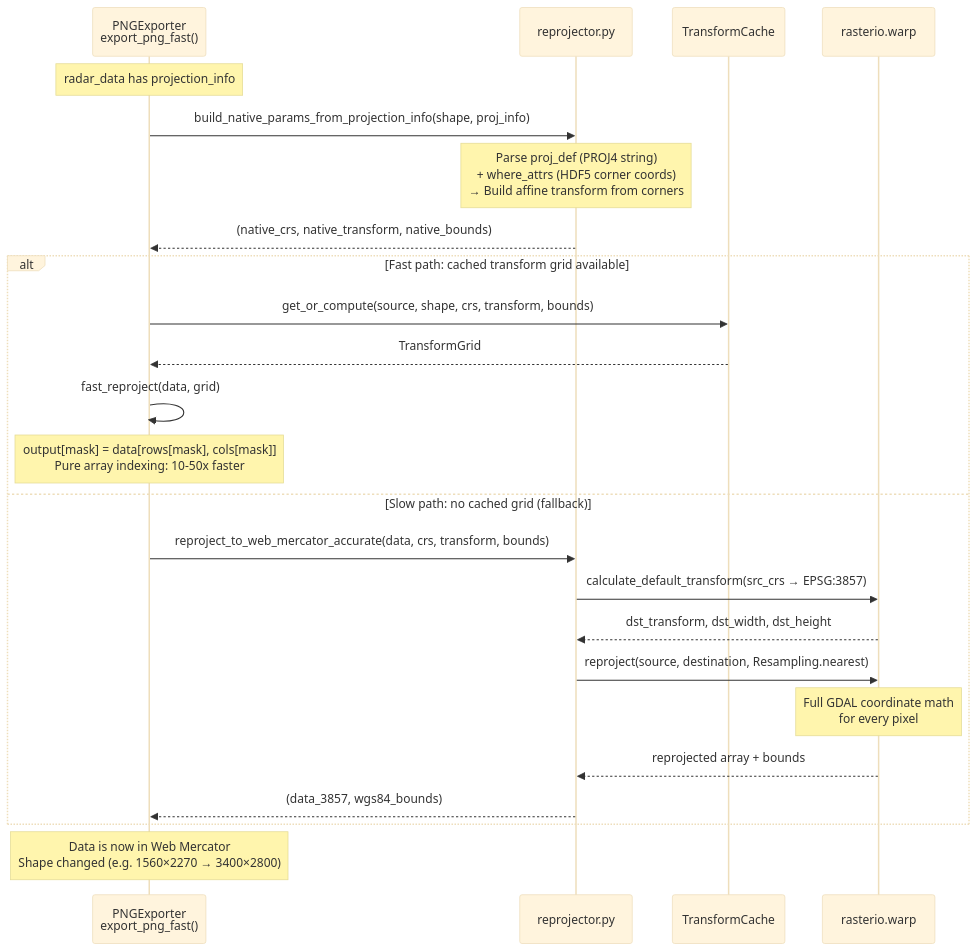
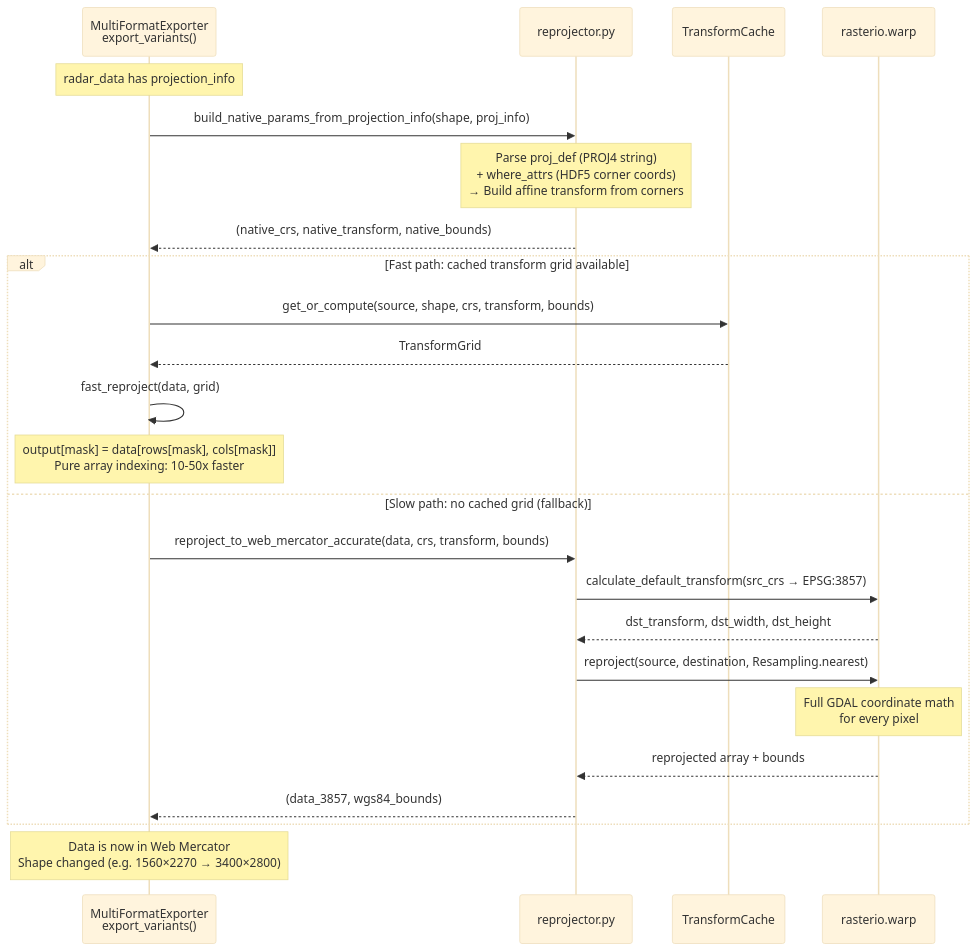
One commit to franko14/radar-shmu changed the seventh of 13 diagrams in docs/data-flow.md. Above: the diagram before and after it, drawn with Mermaid (base theme). The commit also changed other lines of this file and 4 other files, not shown here.

````diff
--- a/docs/data-flow.md
+++ b/docs/data-flow.md
@@ -349,31 +351,31 @@
 ```mermaid
 sequenceDiagram
-    participant Exporter as PNGExporter<br/>export_png_fast()
+    participant Exporter as MultiFormatExporter<br/>export_variants()
     participant Reproj as reprojector.py
     participant TCache as TransformCache
     participant Rasterio as rasterio.warp
 
     Note over Exporter: radar_data has projection_info
 
     Exporter->>Reproj: build_native_params_from_projection_info(shape, proj_info)
     Note over Reproj: Parse proj_def (PROJ4 string)<br/>+ where_attrs (HDF5 corner coords)<br/>→ Build affine transform from corners
     Reproj-->>Exporter: (native_crs, native_transform, native_bounds)
 
     alt Fast path: cached transform grid available
         Exporter->>TCache: get_or_compute(source, shape, crs, transform, bounds)
         TCache-->>Exporter: TransformGrid
 
         Exporter->>Exporter: fast_reproject(data, grid)
         Note over Exporter: output[mask] = data[rows[mask], cols[mask]]<br/>Pure array indexing: 10-50x faster
     else Slow path: no cached grid (fallback)
         Exporter->>Reproj: reproject_to_web_mercator_accurate(data, crs, transform, bounds)
         Reproj->>Rasterio: calculate_default_transform(src_crs → EPSG:3857)
         Rasterio-->>Reproj: dst_transform, dst_width, dst_height
         Reproj->>Rasterio: reproject(source, destination, Resampling.nearest)
         Note over Rasterio: Full GDAL coordinate math<br/>for every pixel
         Rasterio-->>Reproj: reprojected array + bounds
         Reproj-->>Exporter: (data_3857, wgs84_bounds)
     end
 
     Note over Exporter: Data is now in Web Mercator<br/>Shape changed (e.g. 1560×2270 → 3400×2800)
 ```
````
